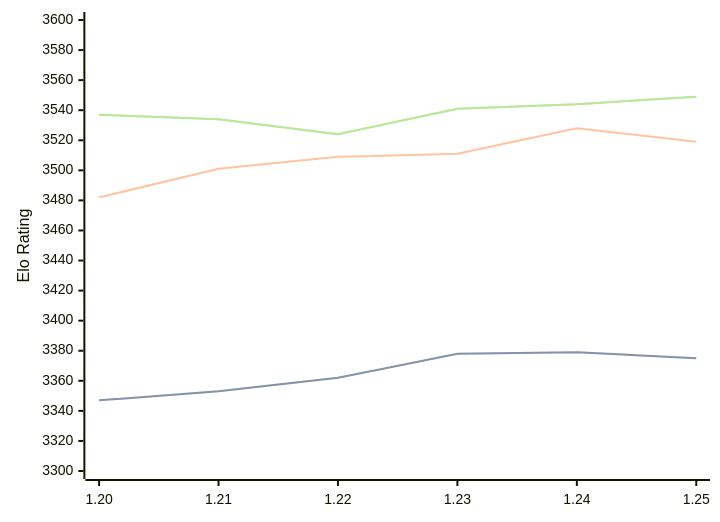
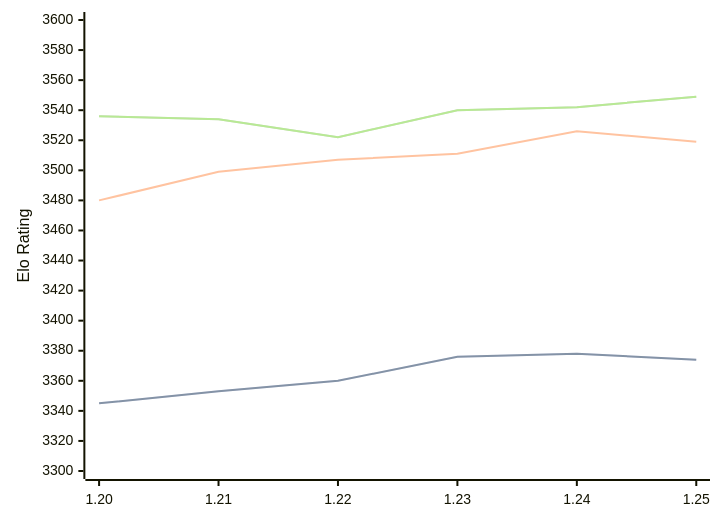
The third of 3 diagrams in engines/Caissa.md (computer-chess-index/cci), drawn with Mermaid before and after one commit. The commit also changed other lines of this file, not shown here.

Commit message:
Update CCI Ratings (ELO VLTC) - 2026-07-15

````diff
--- a/engines/Caissa.md
+++ b/engines/Caissa.md
@@ -98,11 +98,11 @@
 ```mermaid
 %%{init: {"theme":"base","themeVariables":{"seriesColors:['#a3a3a3','#222221','#faa371']}}}%%
 xychart-beta
   x-axis ["1.20", "1.21", "1.22", "1.23", "1.24", "1.25"]
   y-axis "Elo Rating" 3300 --> 3600
-  line "STC (8.0+0.08s)" [3347, 3353, 3362, 3378, 3379, 3375]
-  line "STC (8.0+0.08s)" [3347, 3353, 3362, 3378, 3379, 3375]
-  line "LTC (60.0+0.60s)" [3482, 3501, 3509, 3511, 3528, 3519]
-  line "VLTC (2m24s+1.12s)" [3537, 3534, 3524, 3541, 3544, 3549]
-  line "VLTC (2m24s+1.12s)" [3537, 3534, 3524, 3541, 3544, 3549]
+  line "STC (8.0+0.08s)" [3345, 3353, 3360, 3376, 3378, 3374]
+  line "STC (8.0+0.08s)" [3345, 3353, 3360, 3376, 3378, 3374]
+  line "LTC (60.0+0.60s)" [3480, 3499, 3507, 3511, 3526, 3519]
+  line "VLTC (2m24s+1.12s)" [3536, 3534, 3522, 3540, 3542, 3549]
+  line "VLTC (2m24s+1.12s)" [3536, 3534, 3522, 3540, 3542, 3549]
 ```
````
